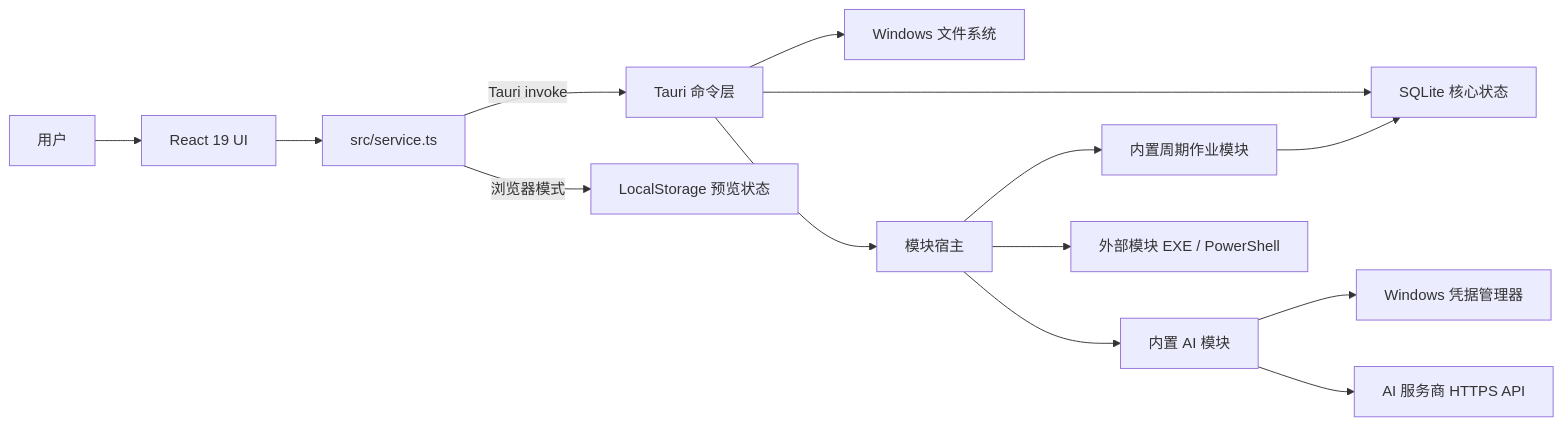
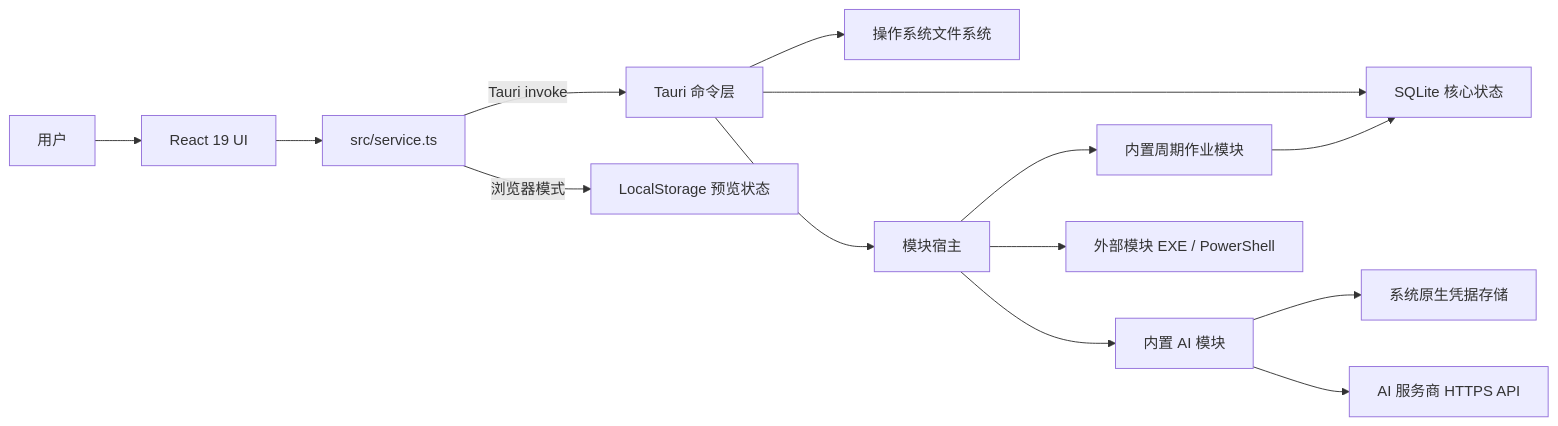
The first of 6 diagrams in docs/ARCHITECTURE.md (ZeyuZhao1/homework-manager), drawn with Mermaid before and after one commit. The commit also changed other lines of this file and 37 other files, not shown here.

````diff
--- a/docs/ARCHITECTURE.md
+++ b/docs/ARCHITECTURE.md
@@ -16,16 +16,16 @@
 ```mermaid
 flowchart LR
     U[用户] --> UI[React 19 UI]
     UI --> S[src/service.ts]
     S -->|Tauri invoke| C[Tauri 命令层]
     S -->|浏览器模式| P[LocalStorage 预览状态]
     C --> DB[SQLite 核心状态]
-    C --> FS[Windows 文件系统]
+    C --> FS[操作系统文件系统]
     C --> MH[模块宿主]
     MH --> BI[内置 AI 模块]
     MH --> R[内置周期作业模块]
     R --> DB
     MH --> EX[外部模块 EXE / PowerShell]
-    BI --> KC[Windows 凭据管理器]
+    BI --> KC[系统原生凭据存储]
     BI --> AI[AI 服务商 HTTPS API]
 ```
````
